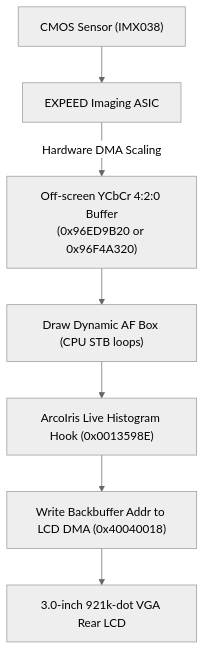
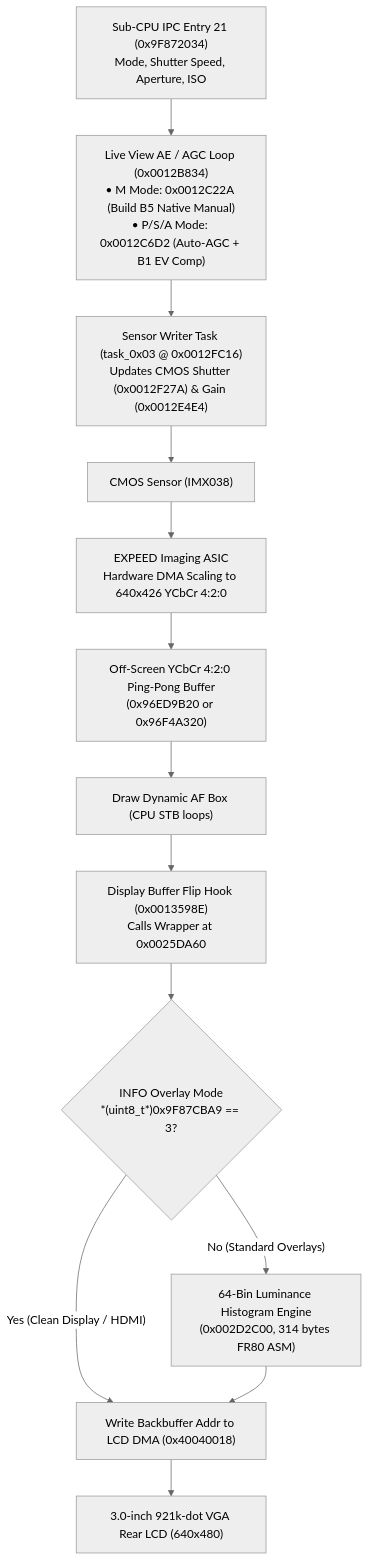
Before and after one commit to FreexFox/project-arcoiris: the diagram in docs/LIVE_VIEW_PIPELINE.md, drawn with Mermaid (neutral theme). The commit also changed other lines of this file and 6 other files, not shown here.

Commit message:
docs: fix LaTeX math in ARCHITECTURE.md, update all docs to B5, and restructure READMEs

````diff
--- a/docs/LIVE_VIEW_PIPELINE.md
+++ b/docs/LIVE_VIEW_PIPELINE.md
@@ -11,9 +11,15 @@
 ```mermaid
 flowchart TD
-    Sensor["CMOS Sensor (IMX038)"] --> ASIC["EXPEED Imaging ASIC"]
-    ASIC -->|"Hardware DMA Scaling"| Backbuffer["Off-screen YCbCr 4:2:0 Buffer\n(0x96ED9B20 or 0x96F4A320)"]
+    SubCPU["Sub-CPU IPC Entry 21 (0x9F872034)\nMode, Shutter Speed, Aperture, ISO"] --> AE_Loop["Live View AE / AGC Loop (0x0012B834)\n• M Mode: 0x0012C22A (Build B5 Native Manual)\n• P/S/A Mode: 0x0012C6D2 (Auto-AGC + B1 EV Comp)"]
+    AE_Loop --> Task03["Sensor Writer Task (task_0x03 @ 0x0012FC16)\nUpdates CMOS Shutter (0x0012F27A) & Gain (0x0012E4E4)"]
+    Task03 --> Sensor["CMOS Sensor (IMX038)"]
+    Sensor --> ASIC["EXPEED Imaging ASIC\nHardware DMA Scaling to 640x426 YCbCr 4:2:0"]
+    ASIC --> Backbuffer["Off-Screen YCbCr 4:2:0 Ping-Pong Buffer\n(0x96ED9B20 or 0x96F4A320)"]
     Backbuffer --> AF_Box["Draw Dynamic AF Box (CPU STB loops)"]
-    AF_Box --> Hook["ArcoIris Live Histogram Hook (0x0013598E)"]
-    Hook --> LCD_DMA["Write Backbuffer Addr to LCD DMA (0x40040018)"]
-    LCD_DMA --> Display["3.0-inch 921k-dot VGA Rear LCD"]
+    AF_Box --> Hook["Display Buffer Flip Hook (0x0013598E)\nCalls Wrapper at 0x0025DA60"]
+    Hook --> InfoCheck{"INFO Overlay Mode\n*(uint8_t*)0x9F87CBA9 == 3?"}
+    InfoCheck -- "No (Standard Overlays)" --> HistEngine["64-Bin Luminance Histogram Engine\n(0x002D2C00, 314 bytes FR80 ASM)"]
+    InfoCheck -- "Yes (Clean Display / HDMI)" --> LCD_DMA
+    HistEngine --> LCD_DMA["Write Backbuffer Addr to LCD DMA (0x40040018)"]
+    LCD_DMA --> Display["3.0-inch 921k-dot VGA Rear LCD (640x480)"]
 ```
````
